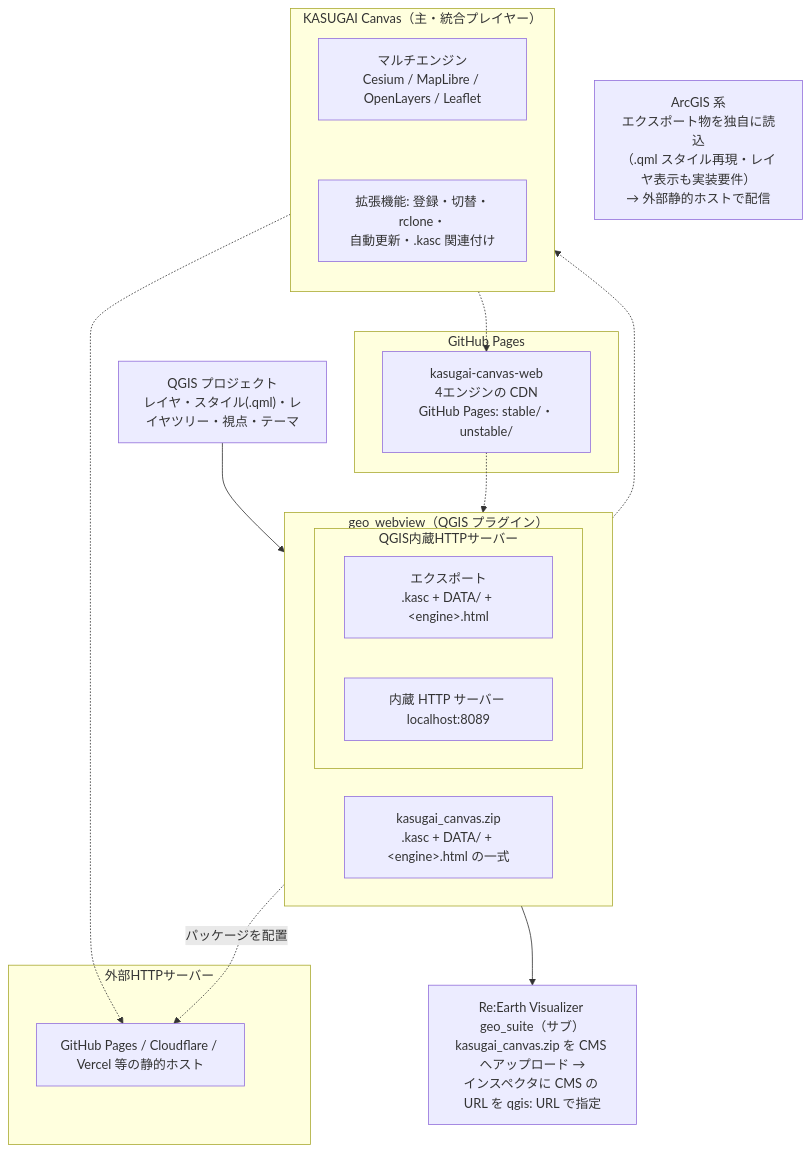
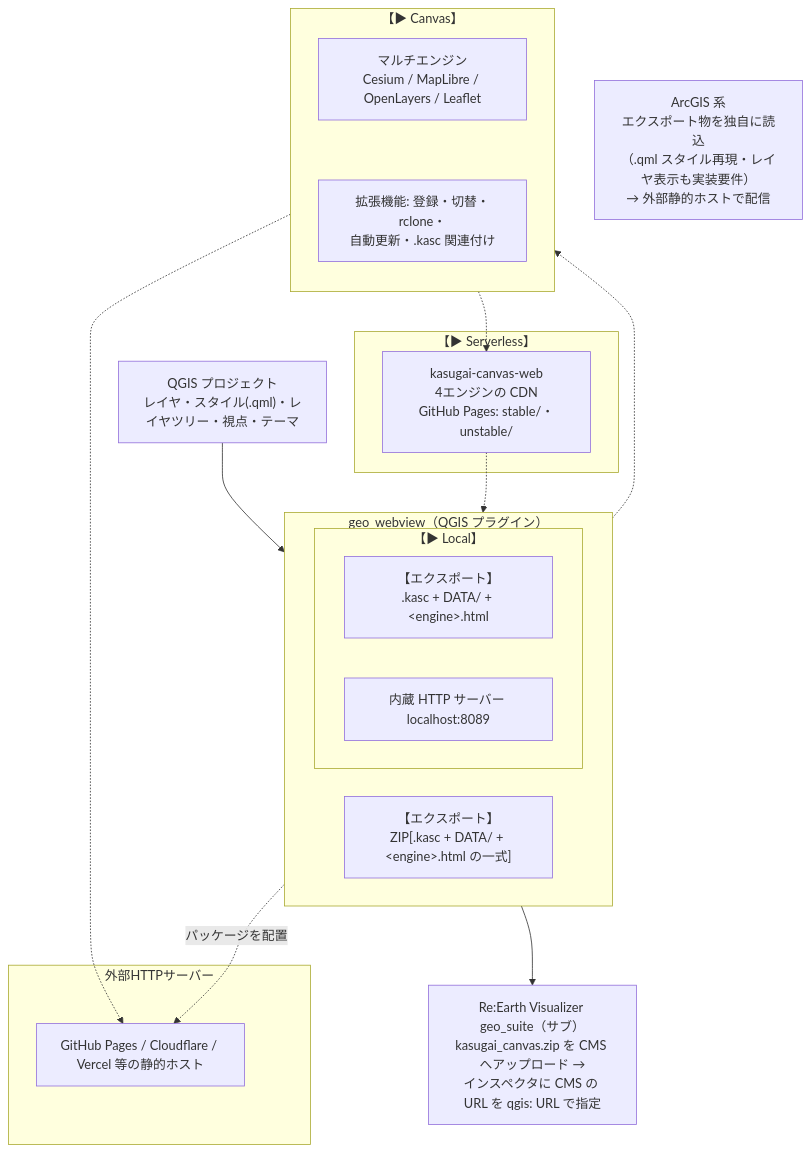
One commit to yamamoto-ryuzo/qgis_live_harness changed the diagram in qgis-plugin/geo_webview/README_JP.md. Above: the diagram before and after it, drawn with Mermaid. The commit also changed other lines of this file and 21 other files, not shown here.

First line of the commit message:
geo_webview: reearth.txt出力を廃止 — kasugai_canvas.zip(qgis:取込)に一本化(3.32.0)

````diff
--- a/qgis-plugin/geo_webview/README_JP.md
+++ b/qgis-plugin/geo_webview/README_JP.md
@@ -39,37 +39,37 @@
 ```mermaid
 flowchart TB
     QGIS["QGIS プロジェクト<br>レイヤ・スタイル(.qml)・レイヤツリー・視点・テーマ"]
 
     subgraph GWBOX["geo_webview（QGIS プラグイン）"]
         direction LR
-        subgraph FNC["QGIS内蔵HTTPサーバー"]
-            GW["エクスポート<br>.kasc + DATA/ + &lt;engine&gt;.html"]
+        subgraph FNC["【▶ Local】"]
+            GW["【エクスポート】<br>.kasc + DATA/ + &lt;engine&gt;.html"]
             SRV["内蔵 HTTP サーバー localhost:8089"]
         end
-        ZIP["kasugai_canvas.zip<br>.kasc + DATA/ + &lt;engine&gt;.html の一式"]
+        ZIP["【エクスポート】<br>ZIP[.kasc + DATA/ + &lt;engine&gt;.html の一式]"]
     end
 
-    subgraph KCBOX["KASUGAI Canvas（主・統合プレイヤー）"]
+    subgraph KCBOX["【▶ Canvas】"]
         direction TB
         ENG["マルチエンジン<br>Cesium / MapLibre / OpenLayers / Leaflet"]
         KCF["拡張機能: 登録・切替・rclone・<br>自動更新・.kasc 関連付け"]
         ENG ~~~ KCF
     end
     subgraph WEBBOX["外部HTTPサーバー"]
         WEB["GitHub Pages / Cloudflare / Vercel 等の静的ホスト"]
     end
-    subgraph GHBOX["GitHub Pages"]
+    subgraph GHBOX["【▶ Serverless】"]
         CDN["kasugai-canvas-web<br>4エンジンの CDN<br>GitHub Pages: stable/・unstable/"]
     end
     RE["Re:Earth Visualizer geo_suite（サブ）<br>kasugai_canvas.zip を CMS へアップロード →<br>インスペクタに CMS の URL を qgis: URL で指定"]
 
     AG["ArcGIS 系<br>エクスポート物を独自に読込<br>（.qml スタイル再現・レイヤ表示も実装要件）<br>→ 外部静的ホストで配信"]
 
     QGIS --> GWBOX
     GW -.-> KCBOX
     GW -.->|"パッケージを配置"| WEB
     ENG -.-> WEB
     ENG -.-> CDN
     CDN -.-> FNC
     ZIP --> RE
 ```
````
